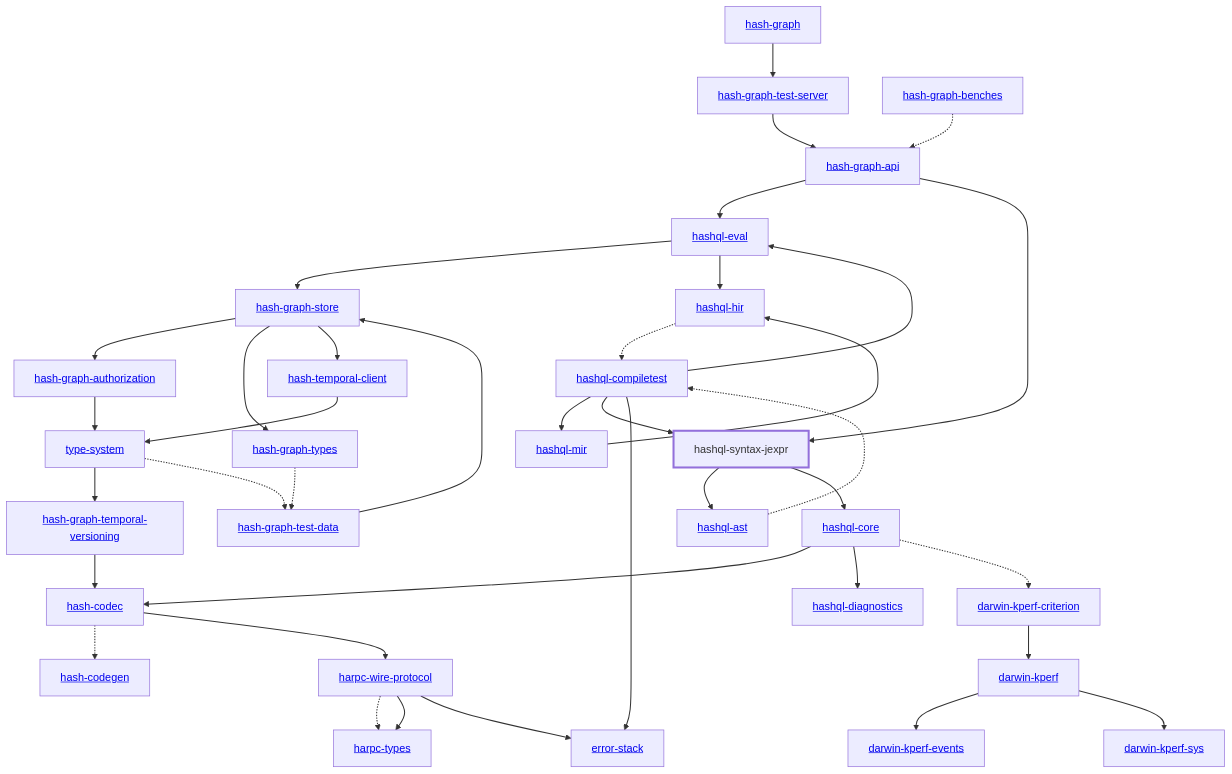
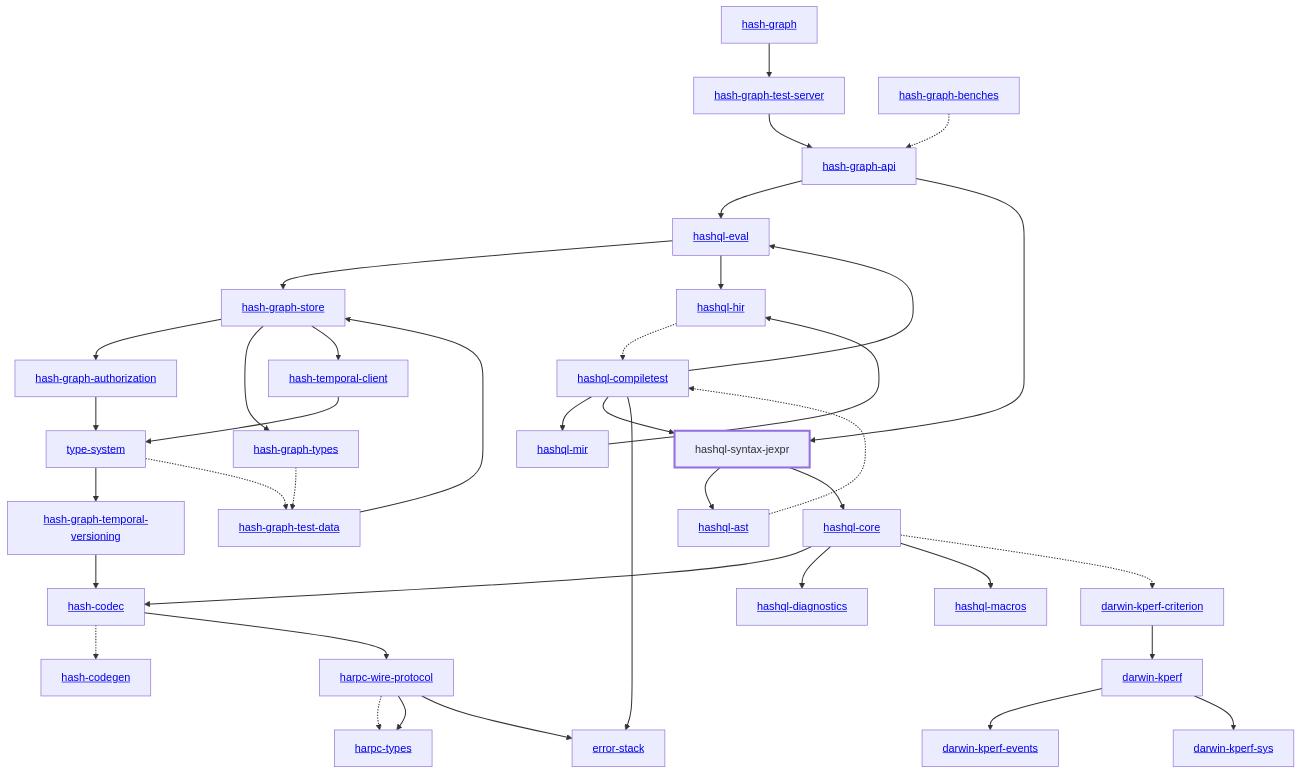
The diagram in libs/@local/hashql/syntax-jexpr/docs/dependency-diagram.mmd (hashintel/hash), drawn with Mermaid before and after one commit. The commit also changed 68 other files, not shown here.

Commit message:
BE-427: Add hashql-macros crate with procedural macros for ID types and symbols (#8495)

```diff
--- a/libs/@local/hashql/syntax-jexpr/docs/dependency-diagram.mmd
+++ b/libs/@local/hashql/syntax-jexpr/docs/dependency-diagram.mmd
@@ -1,76 +1,78 @@
 graph TD
     linkStyle default stroke-width:1.5px
     classDef default stroke-width:1px
     classDef root stroke-width:3px
     classDef dev stroke-width:1px
     classDef build stroke-width:1px
     %% Legend
     %% --> : Normal dependency
     %% -.-> : Dev dependency
     %% ---> : Build dependency
     0[<a href="../hash_graph/index.html">hash-graph</a>]
     1[<a href="../type_system/index.html">type-system</a>]
     2[<a href="../hash_codec/index.html">hash-codec</a>]
     3[<a href="../hash_codegen/index.html">hash-codegen</a>]
     4[<a href="../hash_graph_api/index.html">hash-graph-api</a>]
     5[<a href="../hash_graph_authorization/index.html">hash-graph-authorization</a>]
     6[<a href="../hash_graph_store/index.html">hash-graph-store</a>]
     7[<a href="../hash_graph_temporal_versioning/index.html">hash-graph-temporal-versioning</a>]
     8[<a href="../hash_graph_test_server/index.html">hash-graph-test-server</a>]
     9[<a href="../hash_graph_types/index.html">hash-graph-types</a>]
     10[<a href="../harpc_types/index.html">harpc-types</a>]
     11[<a href="../harpc_wire_protocol/index.html">harpc-wire-protocol</a>]
     12[<a href="../hashql_ast/index.html">hashql-ast</a>]
     13[<a href="../hashql_compiletest/index.html">hashql-compiletest</a>]
     14[<a href="../hashql_core/index.html">hashql-core</a>]
     15[<a href="../hashql_diagnostics/index.html">hashql-diagnostics</a>]
     16[<a href="../hashql_eval/index.html">hashql-eval</a>]
     17[<a href="../hashql_hir/index.html">hashql-hir</a>]
-    18[<a href="../hashql_mir/index.html">hashql-mir</a>]
-    19[hashql-syntax-jexpr]
-    class 19 root
-    20[<a href="../hash_temporal_client/index.html">hash-temporal-client</a>]
-    21[<a href="../darwin_kperf/index.html">darwin-kperf</a>]
-    22[<a href="../darwin_kperf_criterion/index.html">darwin-kperf-criterion</a>]
-    23[<a href="../darwin_kperf_events/index.html">darwin-kperf-events</a>]
-    24[<a href="../darwin_kperf_sys/index.html">darwin-kperf-sys</a>]
-    25[<a href="../error_stack/index.html">error-stack</a>]
-    26[<a href="../hash_graph_benches/index.html">hash-graph-benches</a>]
-    27[<a href="../hash_graph_test_data/index.html">hash-graph-test-data</a>]
+    18[<a href="../hashql_macros/index.html">hashql-macros</a>]
+    19[<a href="../hashql_mir/index.html">hashql-mir</a>]
+    20[hashql-syntax-jexpr]
+    class 20 root
+    21[<a href="../hash_temporal_client/index.html">hash-temporal-client</a>]
+    22[<a href="../darwin_kperf/index.html">darwin-kperf</a>]
+    23[<a href="../darwin_kperf_criterion/index.html">darwin-kperf-criterion</a>]
+    24[<a href="../darwin_kperf_events/index.html">darwin-kperf-events</a>]
+    25[<a href="../darwin_kperf_sys/index.html">darwin-kperf-sys</a>]
+    26[<a href="../error_stack/index.html">error-stack</a>]
+    27[<a href="../hash_graph_benches/index.html">hash-graph-benches</a>]
+    28[<a href="../hash_graph_test_data/index.html">hash-graph-test-data</a>]
     0 --> 8
     1 --> 7
-    1 -.-> 27
+    1 -.-> 28
     2 -.-> 3
     2 --> 11
     4 --> 16
-    4 --> 19
+    4 --> 20
     5 --> 1
     6 --> 5
     6 --> 9
-    6 --> 20
+    6 --> 21
     7 --> 2
     8 --> 4
-    9 -.-> 27
+    9 -.-> 28
     11 -.-> 10
     11 --> 10
-    11 --> 25
+    11 --> 26
     12 -.-> 13
     13 --> 16
-    13 --> 18
     13 --> 19
-    13 --> 25
+    13 --> 20
+    13 --> 26
     14 --> 2
     14 --> 15
-    14 -.-> 22
+    14 --> 18
+    14 -.-> 23
     16 --> 6
     16 --> 17
     17 -.-> 13
-    18 --> 17
-    19 --> 12
-    19 --> 14
-    20 --> 1
-    21 --> 23
-    21 --> 24
-    22 --> 21
-    26 -.-> 4
-    27 --> 6
+    19 --> 17
+    20 --> 12
+    20 --> 14
+    21 --> 1
+    22 --> 24
+    22 --> 25
+    23 --> 22
+    27 -.-> 4
+    28 --> 6
```
